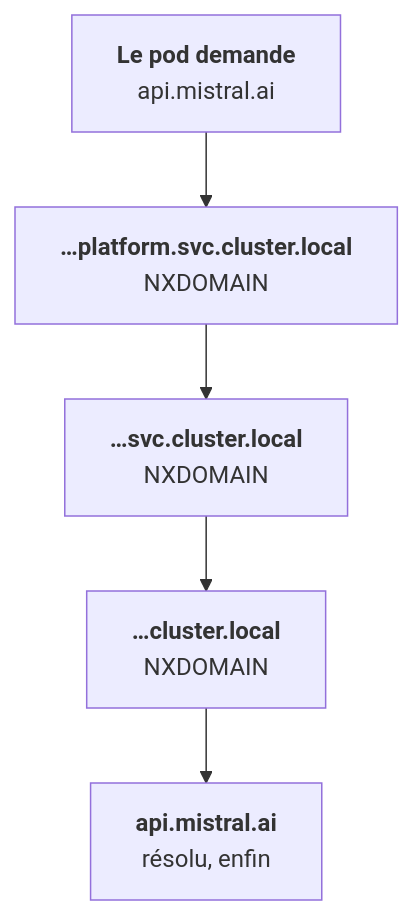
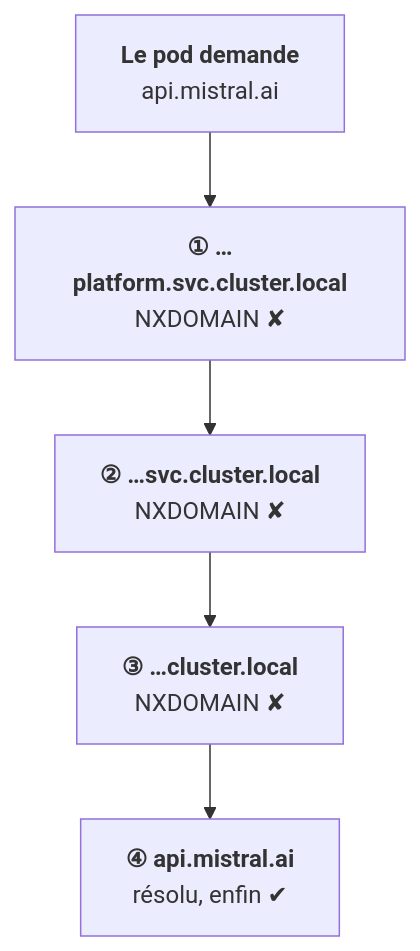
The diagram in src/content/lecons/04-reseau/05-dns-ndots.mdx (valhugnat1/cours-kube), drawn with Mermaid before and after one commit. The commit also changed other lines of this file and 22 other files, not shown here.

````diff
--- a/src/content/lecons/04-reseau/05-dns-ndots.mdx
+++ b/src/content/lecons/04-reseau/05-dns-ndots.mdx
@@ -75,10 +80,10 @@
 ```mermaid
 flowchart TD
   %% scene: Un appel externe :: Le crawler demande `api.mistral.ai`. Deux points, moins de cinq : la recherche commence par les domaines du cluster. :: Q, Q>T1, T1
   %% scene: Échecs en série :: Chaque domaine de recherche donne un NXDOMAIN. Autant de requêtes perdues. :: !T1, !T1>T2, !T2, !T2>T3, !T3
   %% scene: Enfin le vrai nom :: Le nom est résolu tel quel en dernier. Coût : 3 à 4 requêtes inutiles par appel et des logs CoreDNS pleins de NXDOMAIN. :: T3>OK, OK
-  Q["<b>Le pod demande</b><br/>api.mistral.ai"] --> T1["<b>…platform.svc.cluster.local</b><br/>NXDOMAIN"]
-  T1 --> T2["<b>…svc.cluster.local</b><br/>NXDOMAIN"]
-  T2 --> T3["<b>…cluster.local</b><br/>NXDOMAIN"]
-  T3 --> OK["<b>api.mistral.ai</b><br/>résolu, enfin"]
+  Q["<b>Le pod demande</b><br/>api.mistral.ai"]:::ext --> T1["<b>① …platform.svc.cluster.local</b><br/>NXDOMAIN ✘"]:::ko
+  T1 --> T2["<b>② …svc.cluster.local</b><br/>NXDOMAIN ✘"]:::ko
+  T2 --> T3["<b>③ …cluster.local</b><br/>NXDOMAIN ✘"]:::ko
+  T3 --> OK["<b>④ api.mistral.ai</b><br/>résolu, enfin ✔"]:::cible
 ```
````
